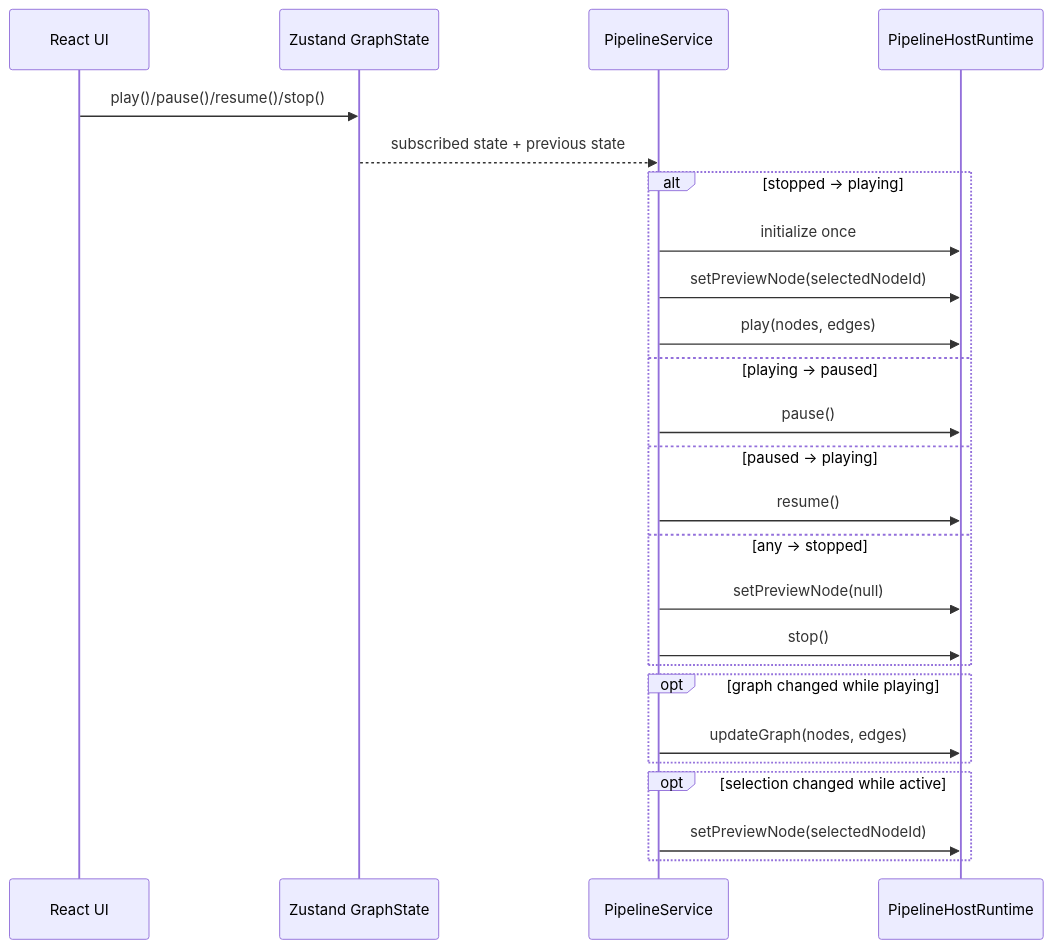
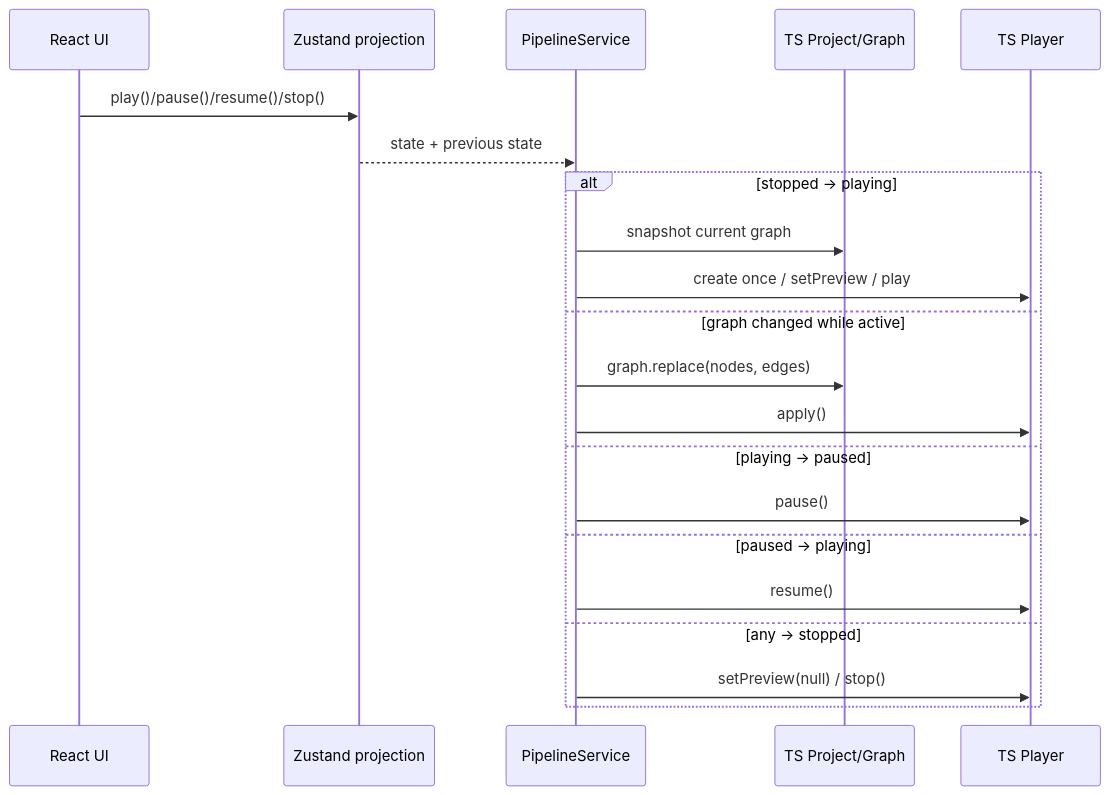
One commit to sanitor/open_quartz changed the seventh of 12 diagrams in docs/DESIGN.md. Above: the diagram before and after it, drawn with Mermaid. The commit also changed other lines of this file, not shown here.

Commit message:
docs: update architecture baseline and thin TypeScript roadmap

````diff
--- a/docs/DESIGN.md
+++ b/docs/DESIGN.md
@@ -479,31 +776,24 @@
 ```mermaid
 sequenceDiagram
     participant UI as React UI
-    participant Store as Zustand GraphState
+    participant Store as Zustand projection
     participant Service as PipelineService
-    participant Runtime as PipelineHostRuntime
+    participant Project as TS Project/Graph
+    participant Player as TS Player
 
     UI->>Store: play()/pause()/resume()/stop()
-    Store-->>Service: subscribed state + previous state
-
+    Store-->>Service: state + previous state
     alt stopped -> playing
-        Service->>Runtime: initialize once
-        Service->>Runtime: setPreviewNode(selectedNodeId)
-        Service->>Runtime: play(nodes, edges)
+        Service->>Project: snapshot current graph
+        Service->>Player: create once / setPreview / play
+    else graph changed while active
+        Service->>Project: graph.replace(nodes, edges)
+        Service->>Player: apply()
     else playing -> paused
-        Service->>Runtime: pause()
+        Service->>Player: pause()
     else paused -> playing
-        Service->>Runtime: resume()
+        Service->>Player: resume()
     else any -> stopped
-        Service->>Runtime: setPreviewNode(null)
-        Service->>Runtime: stop()
-    end
-
-    opt graph changed while playing
-        Service->>Runtime: updateGraph(nodes, edges)
-    end
-
-    opt selection changed while active
-        Service->>Runtime: setPreviewNode(selectedNodeId)
+        Service->>Player: setPreview(null) / stop()
     end
 ```
````
